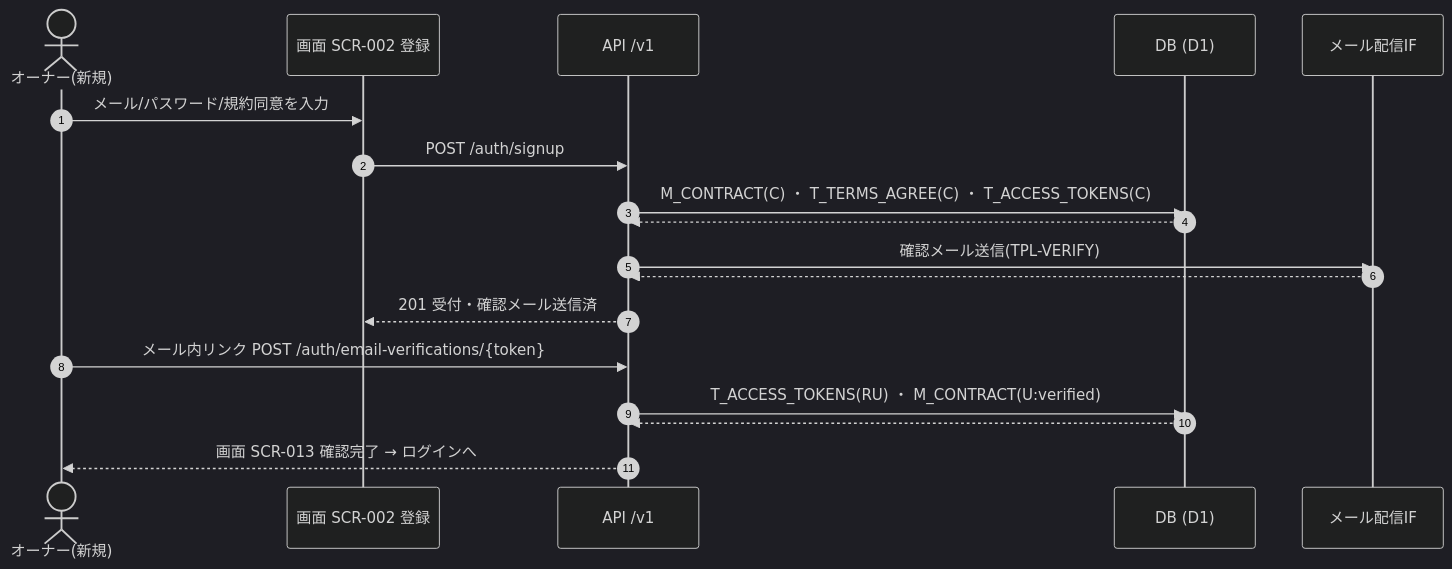
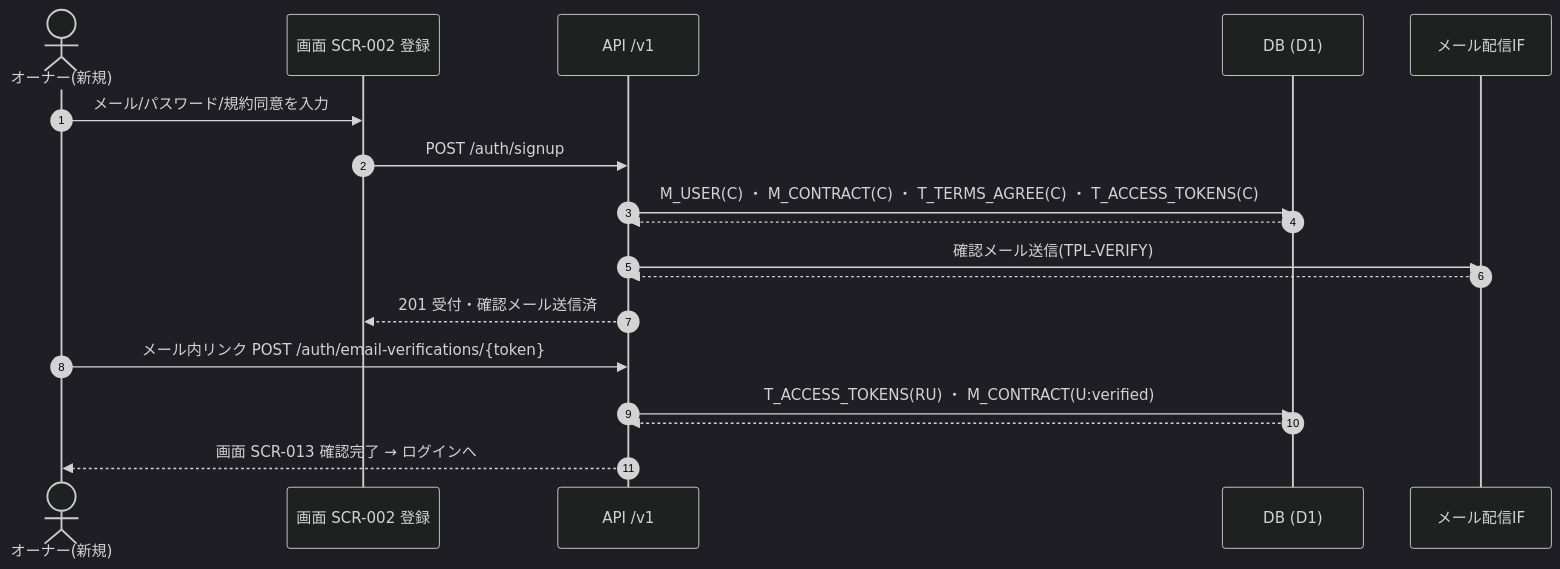
Before and after one commit to sikakou54/open-faq: the first of 10 diagrams in 02_basic-design/04_usecase-design.md, drawn with Mermaid (dark theme). The commit also changed other lines of this file and 162 other files, not shown here.

````diff
--- a/02_basic-design/04_usecase-design.md
+++ b/02_basic-design/04_usecase-design.md
@@ -133,20 +133,20 @@
 ```mermaid
 sequenceDiagram
   autonumber
   actor U as オーナー(新規)
   participant S2 as 画面 SCR-002 登録
   participant API as API /v1
   participant DB as DB (D1)
   participant ML as メール配信IF
   U->>S2: メール/パスワード/規約同意を入力
   S2->>API: POST /auth/signup
-  API->>DB: M_CONTRACT(C) ・ T_TERMS_AGREE(C) ・ T_ACCESS_TOKENS(C)
+  API->>DB: M_USER(C) ・ M_CONTRACT(C) ・ T_TERMS_AGREE(C) ・ T_ACCESS_TOKENS(C)
   DB-->>API: 
   API->>ML: 確認メール送信(TPL-VERIFY)
   ML-->>API: 
   API-->>S2: 201 受付・確認メール送信済
   U->>API: メール内リンク POST /auth/email-verifications/{token}
   API->>DB: T_ACCESS_TOKENS(RU) ・ M_CONTRACT(U:verified)
   DB-->>API: 
   API-->>U: 画面 SCR-013 確認完了 → ログインへ
 ```
````
